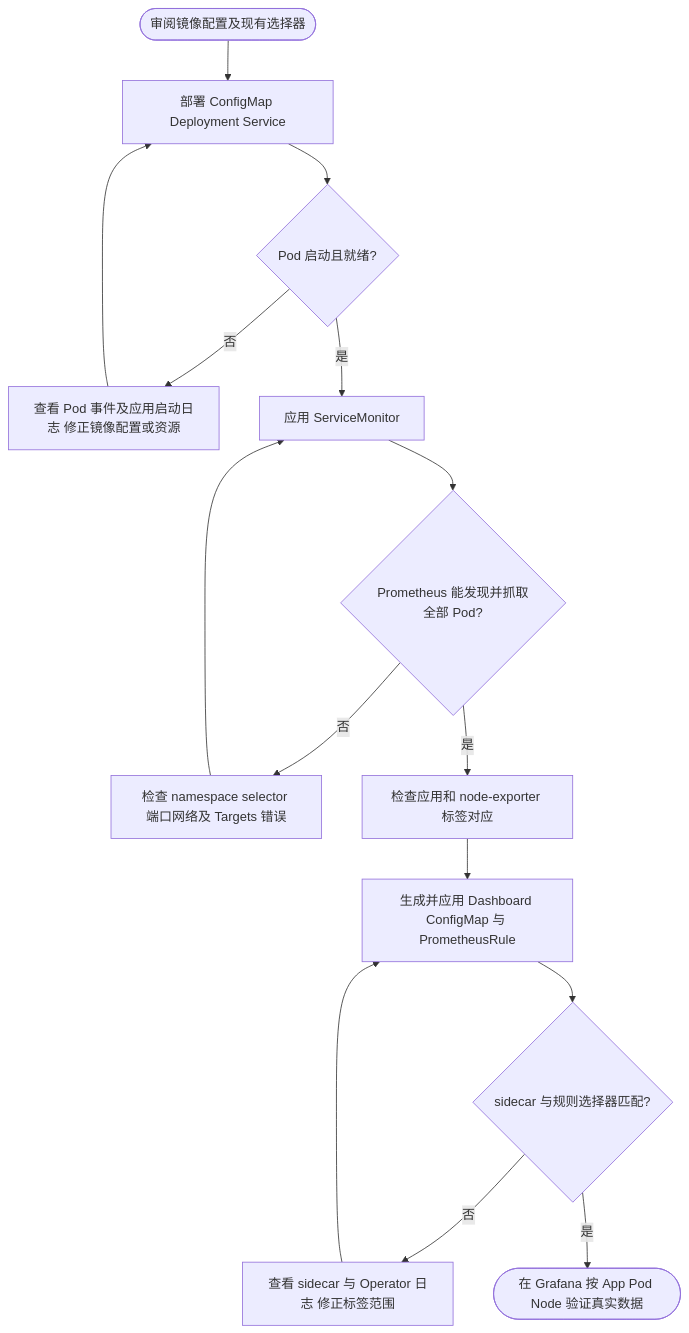
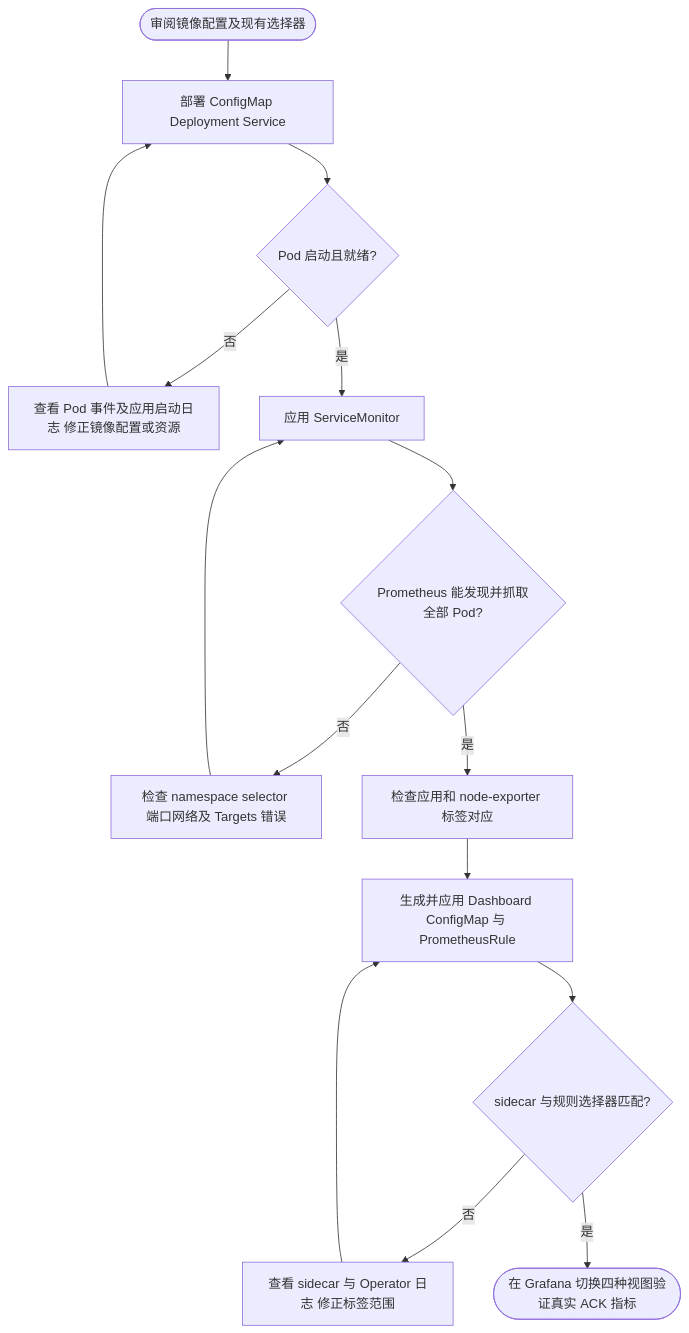
Before and after one commit to jaggerzhuang1994/kratos-foundation: the diagram in deploy/kubernetes/README.md, drawn with Mermaid. The commit also changed other lines of this file and 14 other files, not shown here.

Commit message:
feat(observability): redesign ACK container and node dashboards

````diff
--- a/deploy/kubernetes/README.md
+++ b/deploy/kubernetes/README.md
@@ -81,17 +83,17 @@
 ```mermaid
 flowchart TD
     A([审阅镜像配置及现有选择器]) --> B[部署 ConfigMap Deployment Service]
     B --> C{Pod 启动且就绪?}
     C -- 否 --> D[查看 Pod 事件及应用启动日志 修正镜像配置或资源]
     D --> B
     C -- 是 --> E[应用 ServiceMonitor]
     E --> F{Prometheus 能发现并抓取全部 Pod?}
     F -- 否 --> G[检查 namespace selector 端口网络及 Targets 错误]
     G --> E
     F -- 是 --> H[检查应用和 node-exporter 标签对应]
     H --> I[生成并应用 Dashboard ConfigMap 与 PrometheusRule]
     I --> J{sidecar 与规则选择器匹配?}
     J -- 否 --> K[查看 sidecar 与 Operator 日志 修正标签范围]
     K --> I
-    J -- 是 --> L([在 Grafana 按 App Pod Node 验证真实数据])
+    J -- 是 --> L([在 Grafana 切换四种视图验证真实 ACK 指标])
 ```
````
